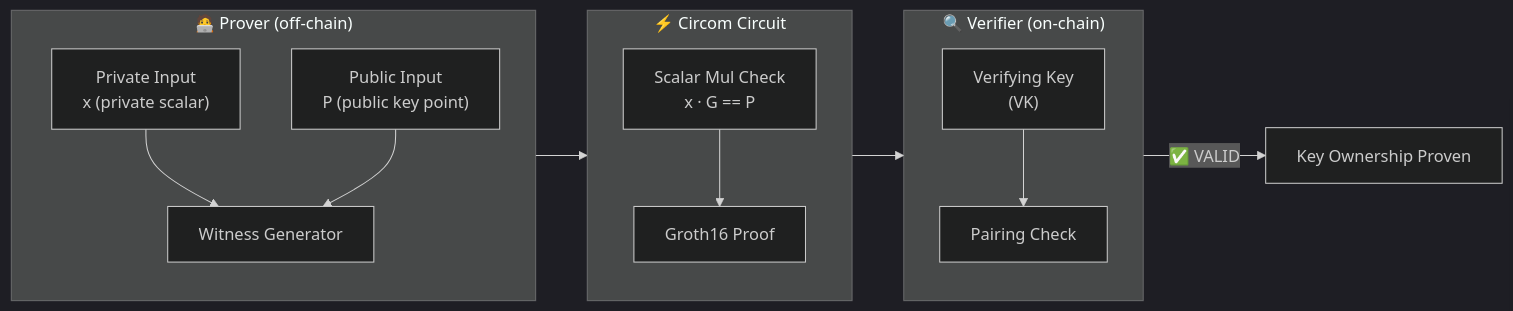
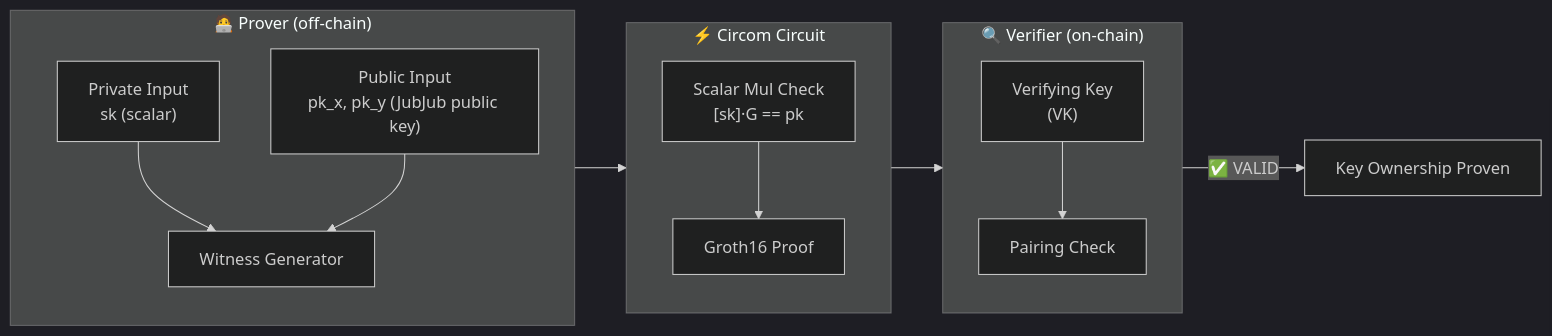
The diagram in groth16-prover/circom/CardanoKeyOwnership/README.md (cardano-foundation/bls), drawn with Mermaid (dark theme) before and after one commit. The commit also changed other lines of this file and 11 other files, not shown here.

Commit message:
tackle Private key → public key ownership case

````diff
--- a/groth16-prover/circom/CardanoKeyOwnership/README.md
+++ b/groth16-prover/circom/CardanoKeyOwnership/README.md
@@ -13,29 +17,29 @@
 ```mermaid
 flowchart LR
     subgraph Prover["🧑‍💻 Prover (off-chain)"]
         direction TB
-        priv["Private Input<br/>x (private scalar)"]
-        pub_pub["Public Input<br/>P (public key point)"]
+        priv["Private Input<br/>sk (scalar)"]
+        pub_pub["Public Input<br/>pk_x, pk_y (JubJub public key)"]
         wit["Witness Generator"]
     end
 
     subgraph Circuit["⚡ Circom Circuit"]
         direction TB
-        check["Scalar Mul Check<br/>x · G == P"]
+        check["Scalar Mul Check<br/>[sk]·G == pk"]
         zk["Groth16 Proof"]
     end
 
     subgraph Verifier["🔍 Verifier (on-chain)"]
         direction TB
         vk["Verifying Key<br/>(VK)"]
         pair["Pairing Check"]
     end
 
     priv --> wit
     pub_pub --> wit
     wit --> check
     check --> zk
     zk --> pair
     vk --> pair
     pair -->|"✅ VALID"| result["Key Ownership Proven"]
 ```
````
